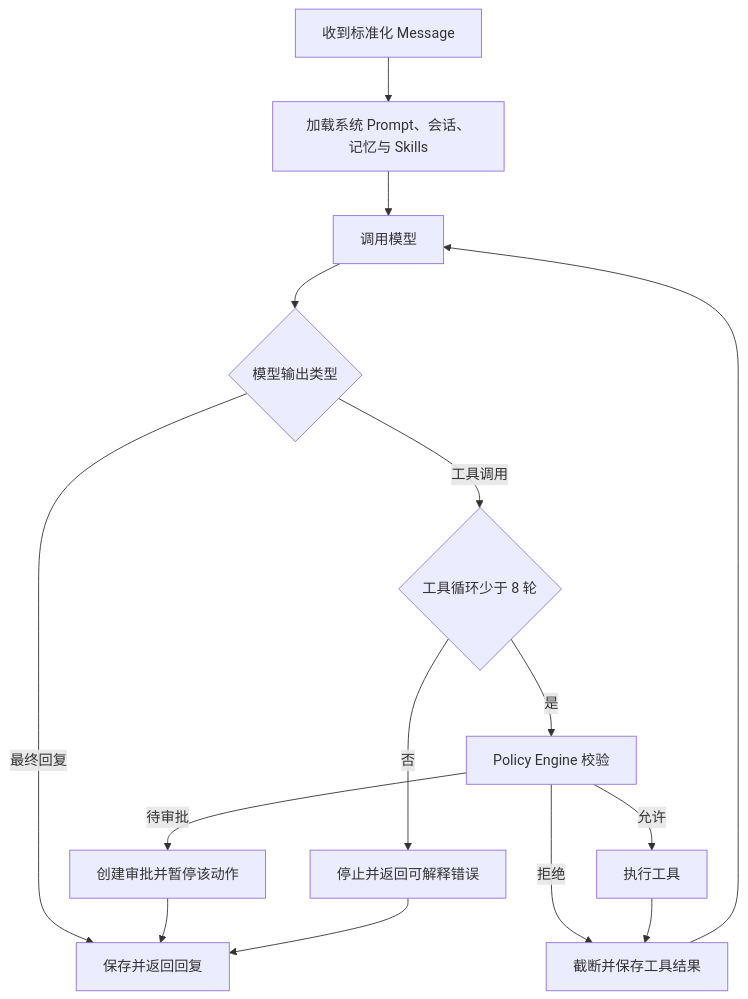
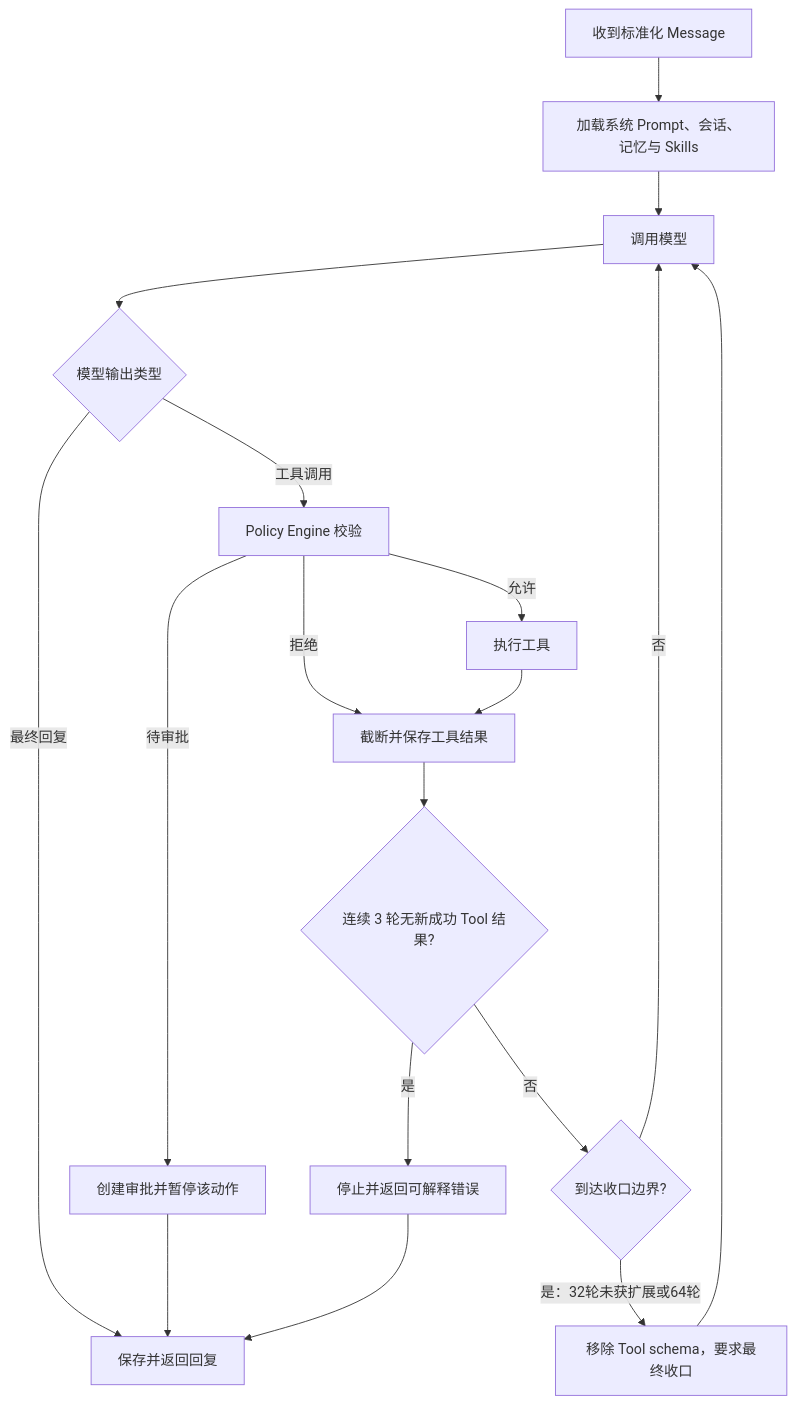
Before and after one commit to NEDONION/lobster0: the sixth of 10 diagrams in docs/product/20260807_产品需求文档.md, drawn with Mermaid. The commit also changed other lines of this file and 3 other files, not shown here.

````diff
--- a/docs/product/20260807_产品需求文档.md
+++ b/docs/product/20260807_产品需求文档.md
@@ -304,17 +306,20 @@
 ```mermaid
 flowchart TD
     START["收到标准化 Message"] --> CTX["加载系统 Prompt、会话、记忆与 Skills"]
     CTX --> MODEL["调用模型"]
     MODEL --> DECISION{"模型输出类型"}
     DECISION -->|"最终回复"| SAVE["保存并返回回复"]
-    DECISION -->|"工具调用"| LIMIT{"工具循环少于 8 轮"}
-    LIMIT -->|"否"| STOP["停止并返回可解释错误"]
-    LIMIT -->|"是"| POLICY["Policy Engine 校验"]
+    DECISION -->|"工具调用"| POLICY["Policy Engine 校验"]
     POLICY -->|"拒绝"| RESULT["把拒绝原因作为工具结果"]
     POLICY -->|"待审批"| PENDING["创建审批并暂停该动作"]
     POLICY -->|"允许"| TOOL["执行工具"]
     TOOL --> RESULT["截断并保存工具结果"]
-    RESULT --> MODEL
+    RESULT --> PROGRESS{"连续 3 轮无新成功 Tool 结果?"}
+    PROGRESS -->|"是"| STOP["停止并返回可解释错误"]
+    PROGRESS -->|"否"| BUDGET{"到达收口边界?"}
+    BUDGET -->|"否"| MODEL
+    BUDGET -->|"是：32轮未获扩展或64轮"| FINAL["移除 Tool schema，要求最终收口"]
+    FINAL --> MODEL
     PENDING --> SAVE
     STOP --> SAVE
 ```
````
